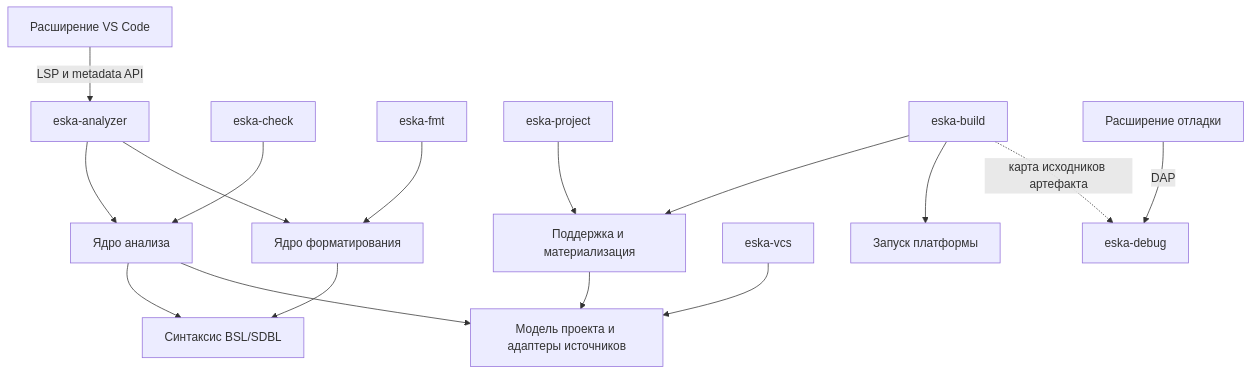
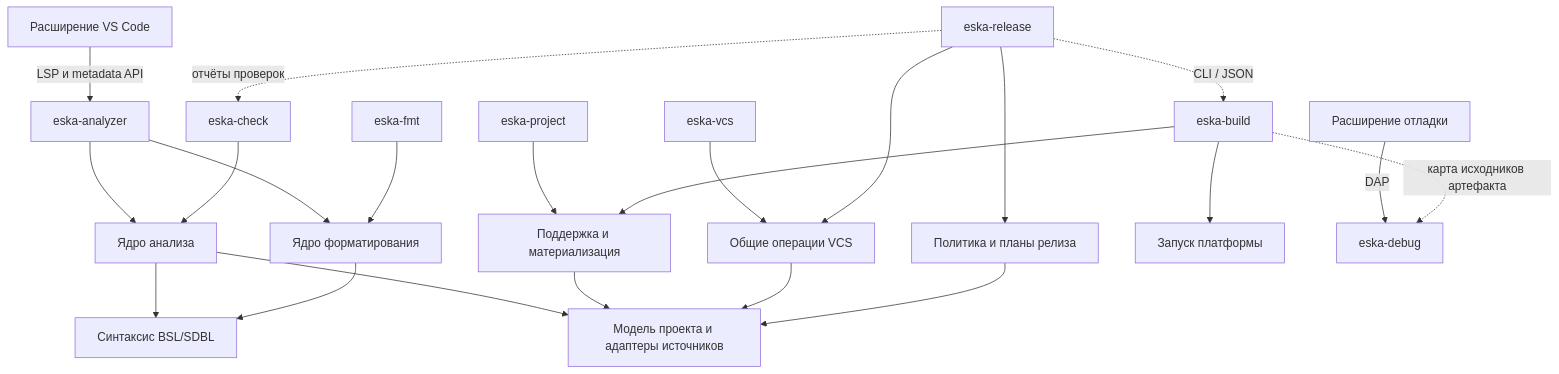
The diagram in docs/tool-boundaries.md (1c-tooling/eska), drawn with Mermaid before and after one commit. The commit also changed other lines of this file and 4 other files, not shown here.

````diff
--- a/docs/tool-boundaries.md
+++ b/docs/tool-boundaries.md
@@ -50,18 +54,24 @@
 ```mermaid
 flowchart TD
     Editor[Расширение VS Code] -->|LSP и metadata API| Server[eska-analyzer]
     Server --> Analysis[Ядро анализа]
     Check[eska-check] --> Analysis
     Analysis --> Syntax[Синтаксис BSL/SDBL]
     Server --> Formatter[Ядро форматирования]
     Fmt[eska-fmt] --> Formatter
     Formatter --> Syntax
     Analysis --> Model[Модель проекта и адаптеры источников]
     Project[eska-project] --> Export[Поддержка и материализация]
     Build[eska-build] --> Export
     Export --> Model
-    Vcs[eska-vcs] --> Model
+    Vcs[eska-vcs] --> Git[Общие операции VCS]
+    Git --> Model
+    Release[eska-release] --> ReleaseCore[Политика и планы релиза]
+    ReleaseCore --> Model
+    Release --> Git
+    Release -. CLI / JSON .-> Build
+    Release -. отчёты проверок .-> Check
     Build --> Platform[Запуск платформы]
     DebugUI[Расширение отладки] -->|DAP| Debug[eska-debug]
     Build -. карта исходников артефакта .-> Debug
 ```
````
